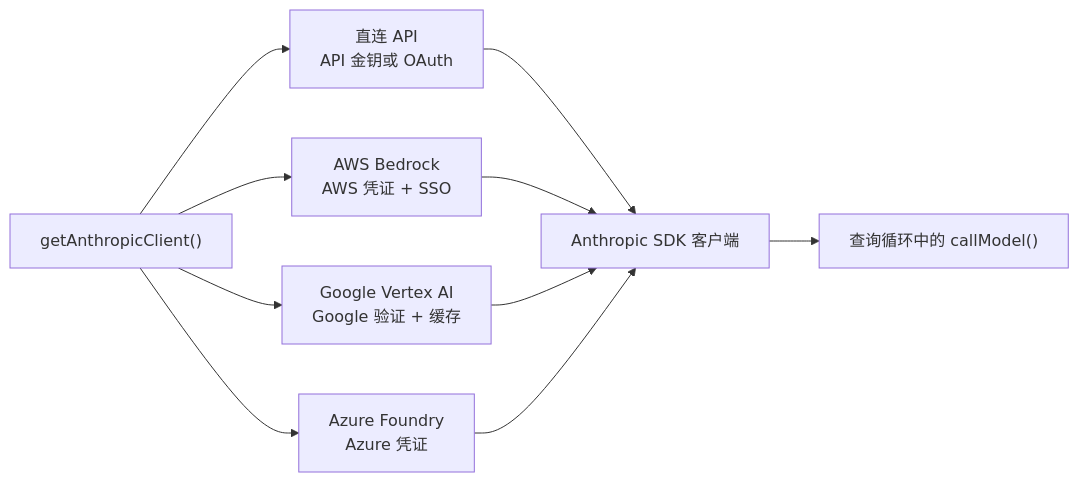
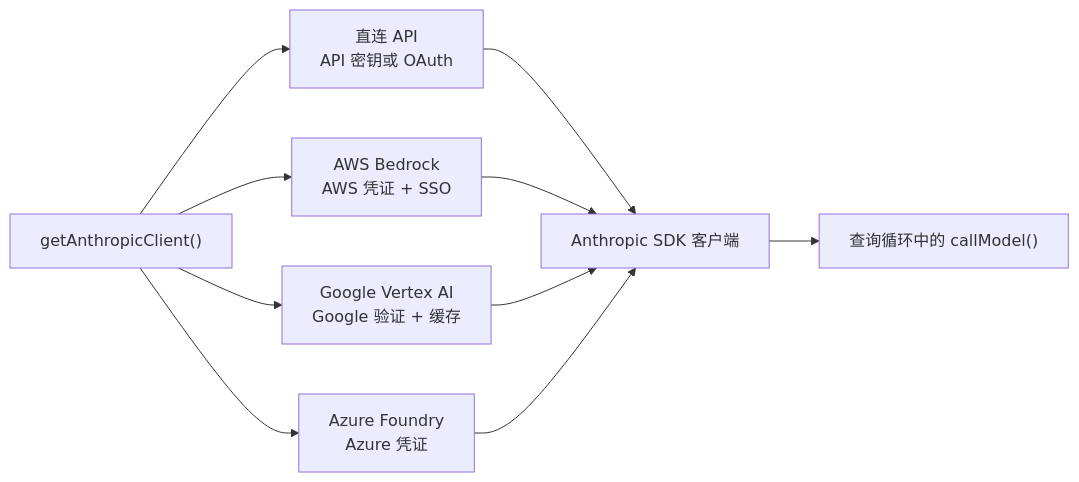
One commit to Gracker/claude-code-from-source-zh-cn changed the fourth of 5 diagrams in book/ch01-architecture.md. Above: the diagram before and after it, drawn with Mermaid. The commit also changed other lines of this file and 16 other files, not shown here.

````diff
--- a/book/ch01-architecture.md
+++ b/book/ch01-architecture.md
@@ -134,12 +134,12 @@
 ```mermaid
 graph LR
-    F["getAnthropicClient()"] --> D["直连 API<br/>API 金钥或 OAuth"]
+    F["getAnthropicClient()"] --> D["直连 API<br/>API 密钥或 OAuth"]
     F --> B["AWS Bedrock<br/>AWS 凭证 + SSO"]
     F --> V["Google Vertex AI<br/>Google 验证 + 缓存"]
     F --> A["Azure Foundry<br/>Azure 凭证"]
     D --> SDK["Anthropic SDK 客户端"]
     B --> SDK
     V --> SDK
     A --> SDK
     SDK --> CL["查询循环中的 callModel()"]
 ```
````
